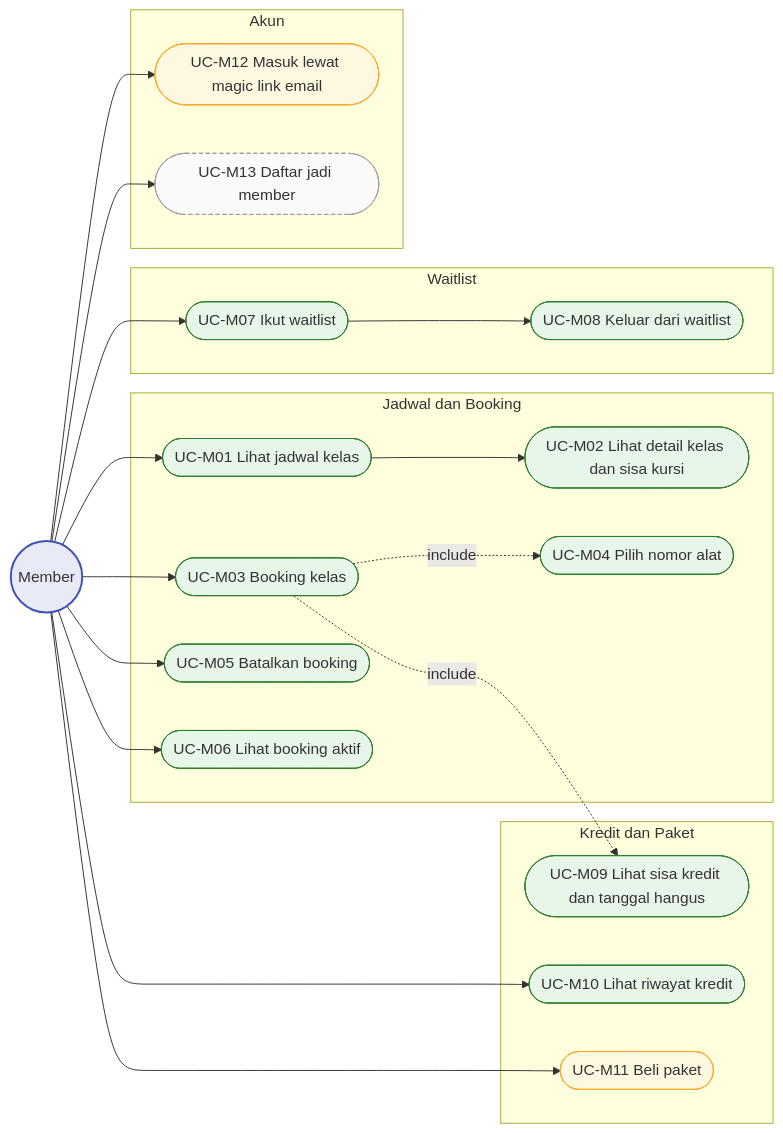
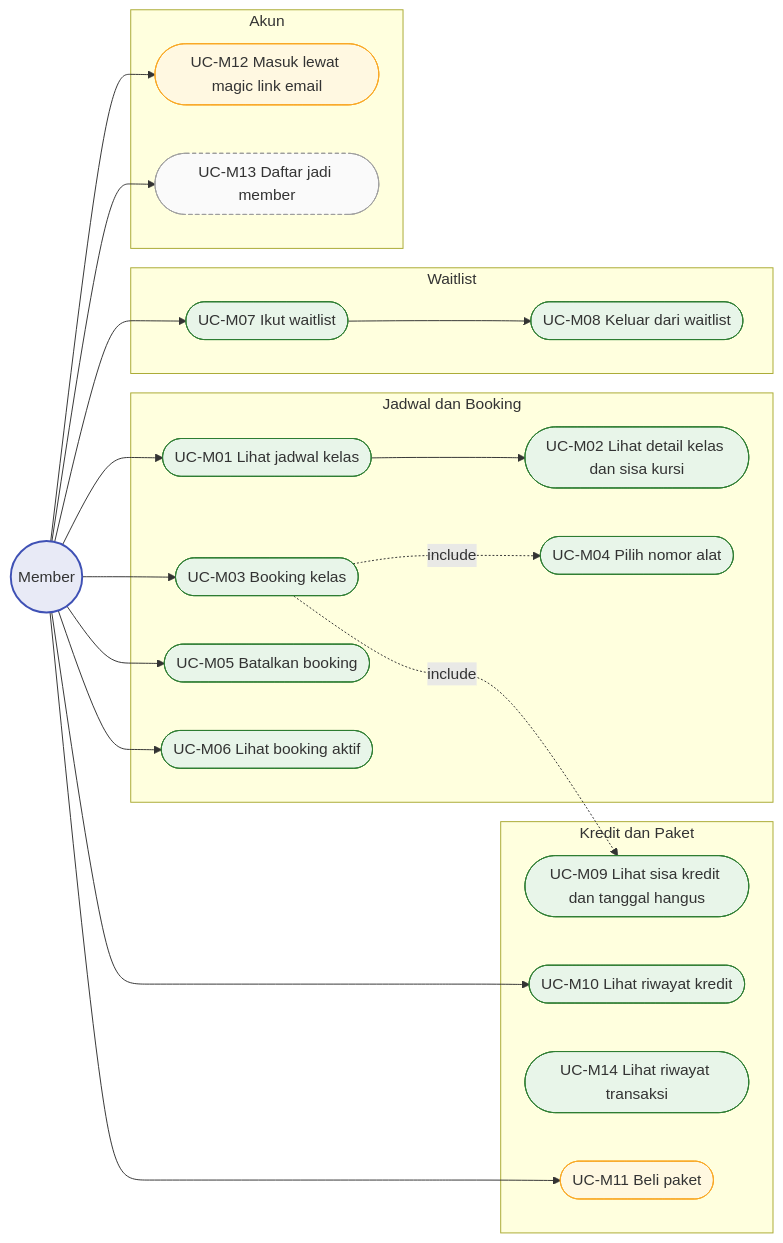
The second of 9 diagrams in docs/03-use-cases.md (arikmhm/pilates-booking-system), drawn with Mermaid before and after one commit. The commit also changed other lines of this file and 9 other files, not shown here.

````diff
--- a/docs/03-use-cases.md
+++ b/docs/03-use-cases.md
@@ -40,46 +40,47 @@
 ```mermaid
 flowchart LR
     M(("Member")):::aktor
 
     subgraph JADWAL["Jadwal dan Booking"]
         M01(["UC-M01 Lihat jadwal kelas"]):::demo
         M02(["UC-M02 Lihat detail kelas dan sisa kursi"]):::demo
         M03(["UC-M03 Booking kelas"]):::demo
         M04(["UC-M04 Pilih nomor alat"]):::demo
         M05(["UC-M05 Batalkan booking"]):::demo
         M06(["UC-M06 Lihat booking aktif"]):::demo
     end
 
     subgraph WL["Waitlist"]
         M07(["UC-M07 Ikut waitlist"]):::demo
         M08(["UC-M08 Keluar dari waitlist"]):::demo
     end
 
     subgraph KREDIT["Kredit dan Paket"]
         M09(["UC-M09 Lihat sisa kredit dan tanggal hangus"]):::demo
         M10(["UC-M10 Lihat riwayat kredit"]):::demo
+        M14(["UC-M14 Lihat riwayat transaksi"]):::demo
         M11(["UC-M11 Beli paket"]):::palsu
     end
 
     subgraph AKUN["Akun"]
         M12(["UC-M12 Masuk lewat magic link email"]):::palsu
         M13(["UC-M13 Daftar jadi member"]):::real
     end
 
     M --> M01 --> M02
     M --> M03
     M03 -. "include" .-> M04
     M03 -. "include" .-> M09
     M --> M05
     M --> M06
     M --> M07 --> M08
     M --> M10
     M --> M11
     M --> M12
     M --> M13
 
     classDef aktor fill:#e8eaf6,stroke:#3f51b5,stroke-width:2px
     classDef demo fill:#e8f5e9,stroke:#2e7d32
     classDef palsu fill:#fff8e1,stroke:#f9a825
     classDef real fill:#fafafa,stroke:#9e9e9e,stroke-dasharray:4 3
 ```
````
